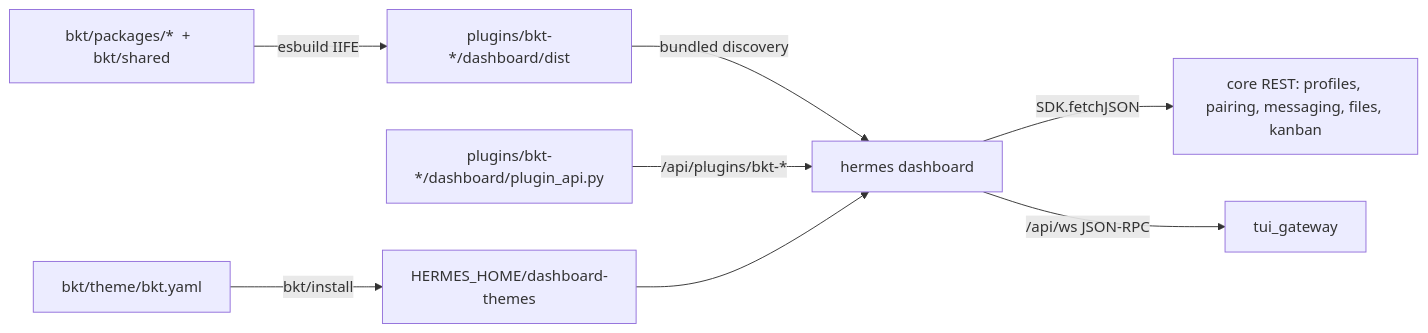
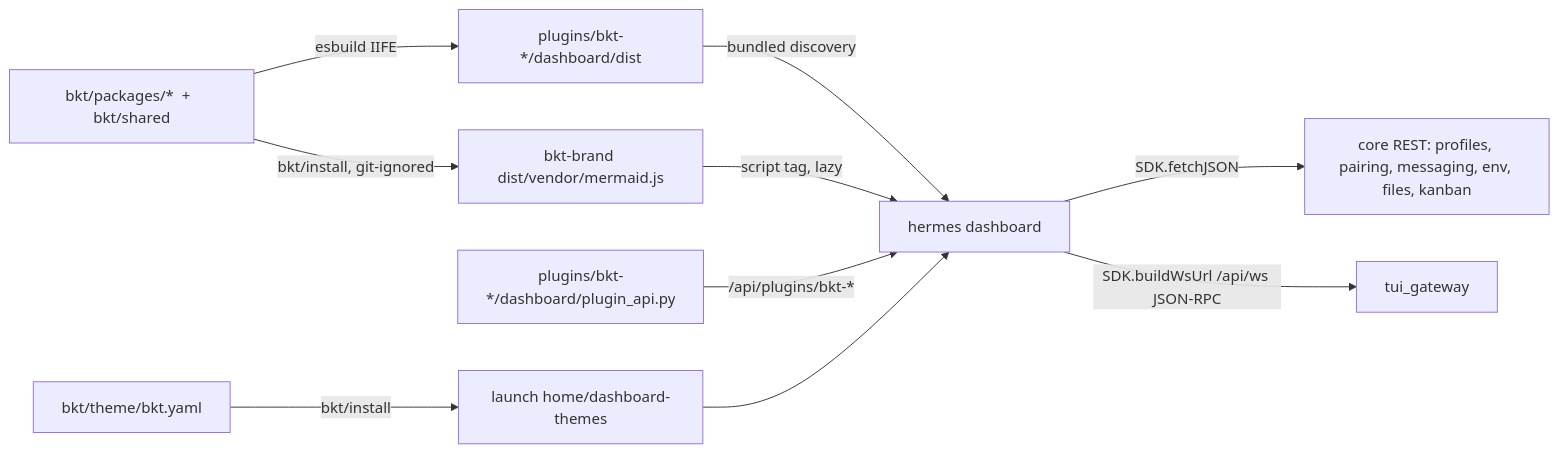
One commit to sondn2010/hermes-agent-fork changed the diagram in plans/261023-0357-bkt-dashboard-plugins/plan.md. Above: the diagram before and after it, drawn with Mermaid. The commit also changed other lines of this file and 10 other files, not shown here.

Commit message:
docs(plans): record bkt dashboard plugins implementation status

````diff
--- a/plans/261023-0357-bkt-dashboard-plugins/plan.md
+++ b/plans/261023-0357-bkt-dashboard-plugins/plan.md
@@ -34,10 +50,12 @@
 ```mermaid
 flowchart LR
   SRC[bkt/packages/*  +  bkt/shared] -->|esbuild IIFE| DIST[plugins/bkt-*/dashboard/dist]
+  SRC -->|bkt/install, git-ignored| VENDOR[bkt-brand dist/vendor/mermaid.js]
   DIST -->|bundled discovery| DASH[hermes dashboard]
+  VENDOR -->|script tag, lazy| DASH
   API[plugins/bkt-*/dashboard/plugin_api.py] -->|/api/plugins/bkt-*| DASH
-  THEME[bkt/theme/bkt.yaml] -->|bkt/install| HOME[HERMES_HOME/dashboard-themes]
+  THEME[bkt/theme/bkt.yaml] -->|bkt/install| HOME[launch home/dashboard-themes]
   HOME --> DASH
-  DASH -->|SDK.fetchJSON| CORE[core REST: profiles, pairing, messaging, files, kanban]
-  DASH -->|/api/ws JSON-RPC| TUIGW[tui_gateway]
+  DASH -->|SDK.fetchJSON| CORE[core REST: profiles, pairing, messaging, env, files, kanban]
+  DASH -->|SDK.buildWsUrl /api/ws JSON-RPC| TUIGW[tui_gateway]
 ```
````
